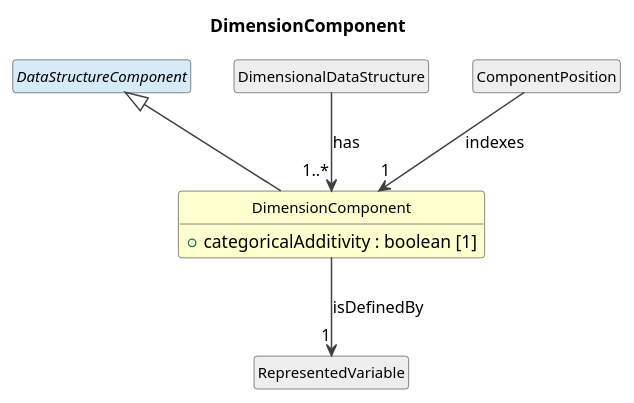
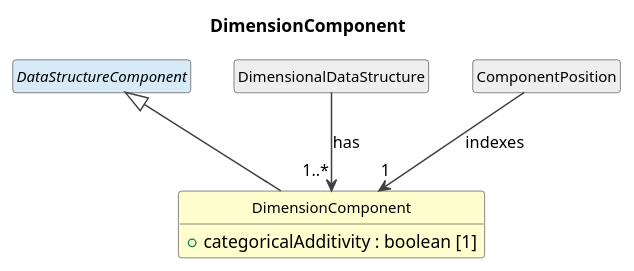
One commit to Cross-Domain-Interoperability-Framework/metadataBuildingBlocks changed the diagram in cdif-uml-model/_plantuml/cdifDataStructure/Classes/DimensionComponent.pu. Above: the diagram before and after it, drawn with PlantUML. The commit also changed 54 other files, not shown here.

Commit message:
Regenerate UML model browser: component isDefinedBy refactor

```diff
--- a/cdif-uml-model/_plantuml/cdifDataStructure/Classes/DimensionComponent.pu
+++ b/cdif-uml-model/_plantuml/cdifDataStructure/Classes/DimensionComponent.pu
@@ -1,25 +1,23 @@
 @startuml
 title DimensionComponent
 hide circle
 hide empty members
 skinparam shadowing false
 skinparam ArrowThickness 1.2
 skinparam class {
   ArrowColor #404040
   BorderColor #404040
   FontSize 12
 }
 
 class "DimensionComponent" as DimensionComponent #FEFECE {
   +categoricalAdditivity : boolean [1]
 }
 abstract class "DataStructureComponent" as DataStructureComponent #D6EAF8
 DataStructureComponent <|-- DimensionComponent
 class "DimensionalDataStructure" as DimensionalDataStructure #EEEEEE
 DimensionalDataStructure --> "1..*" DimensionComponent : has
-class "RepresentedVariable" as RepresentedVariable #EEEEEE
-DimensionComponent --> "1" RepresentedVariable : isDefinedBy
 class "ComponentPosition" as ComponentPosition #EEEEEE
 ComponentPosition --> "1" DimensionComponent : indexes
 
 @enduml
```
